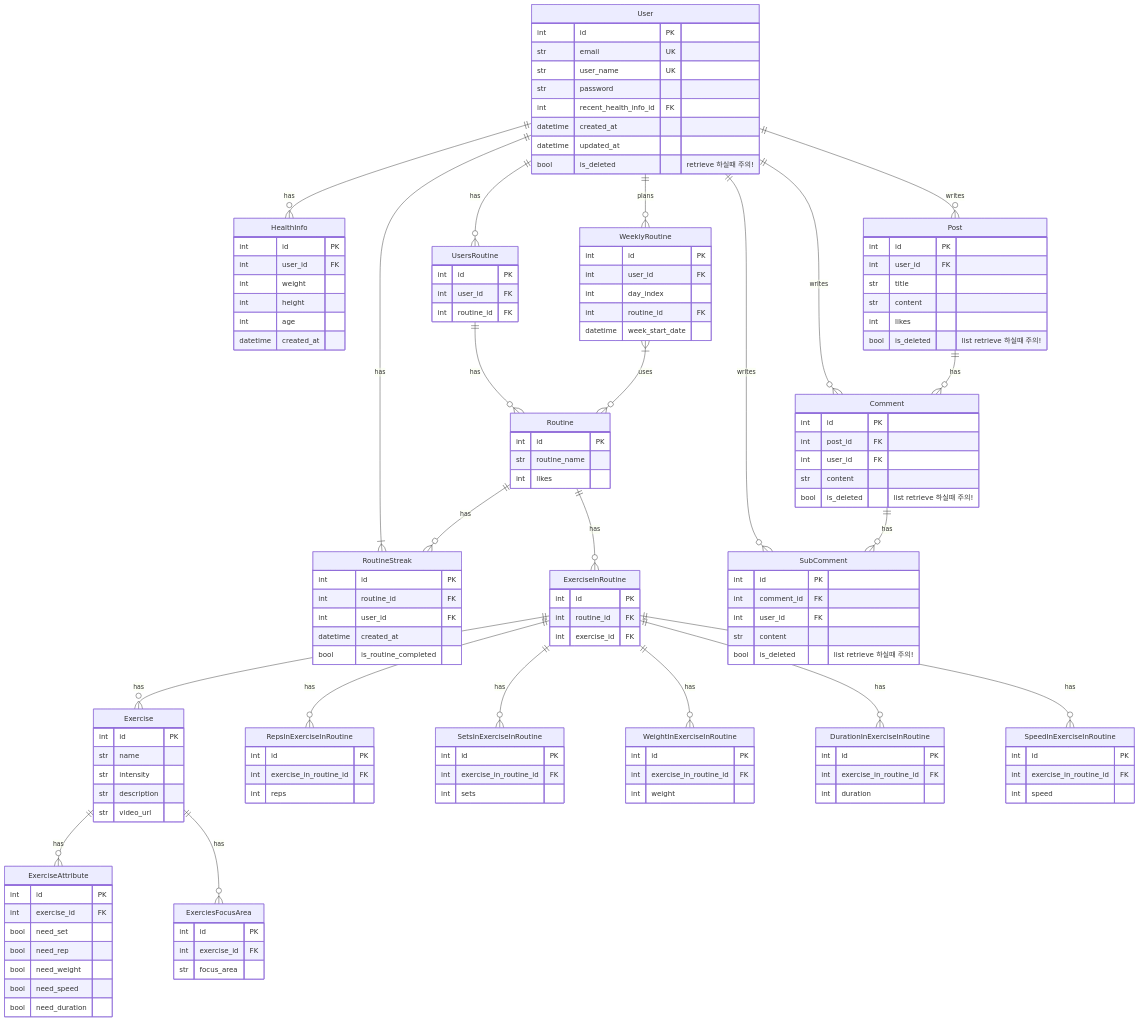
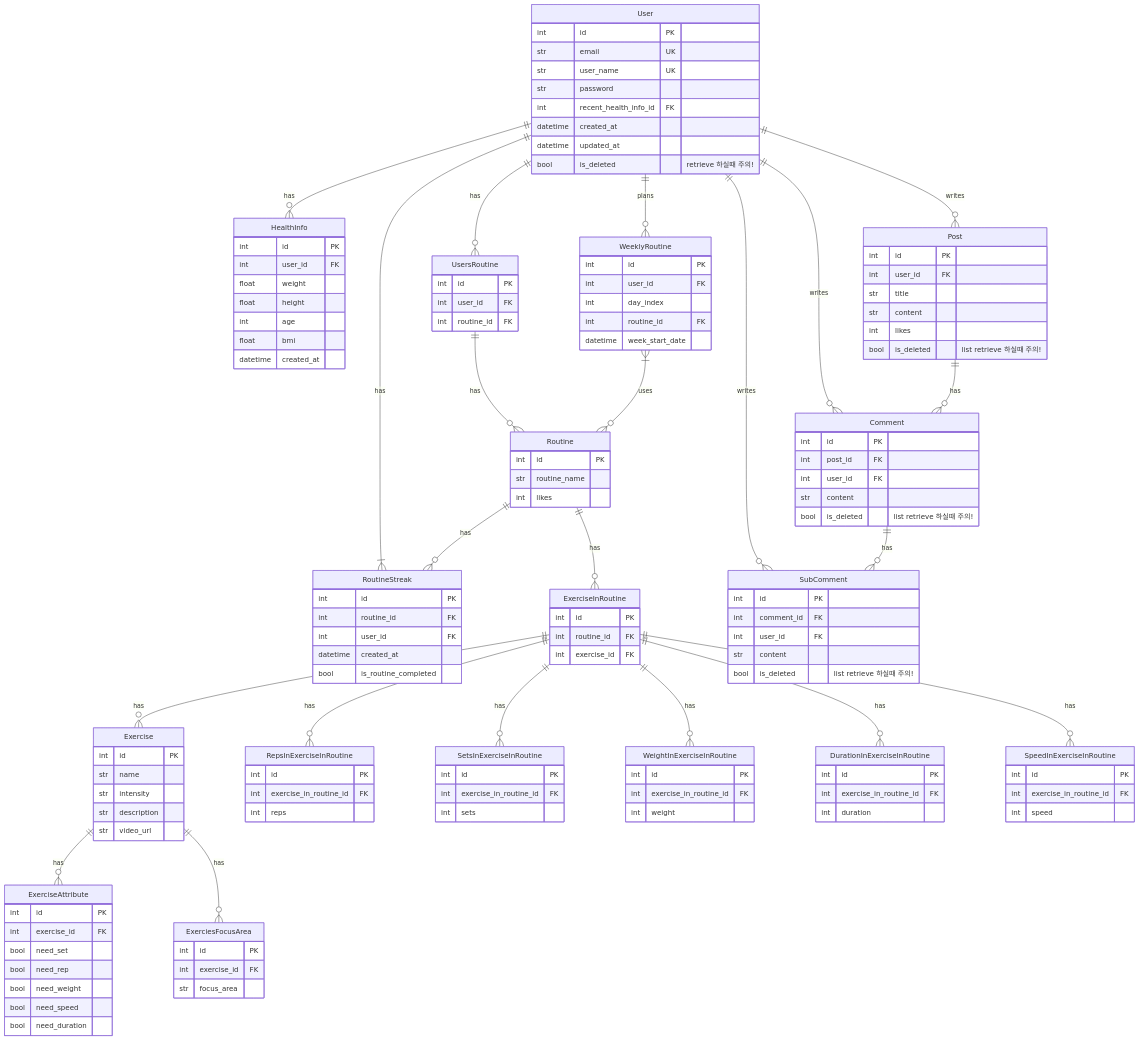
Before and after one commit to orm-backend-final-project-2-2/Codefit: the diagram in docs/diagrams/er_diagram.md, drawn with Mermaid.

Commit message:
📝 (docs): Update ERD

```diff
--- a/docs/diagrams/er_diagram.md
+++ b/docs/diagrams/er_diagram.md
@@ -18,9 +18,10 @@
     HealthInfo {
         int id PK
         int user_id FK
-        int weight
-        int height
+        float weight
+        float height
         int age
+        float bmi
         datetime created_at
     }
 
```
